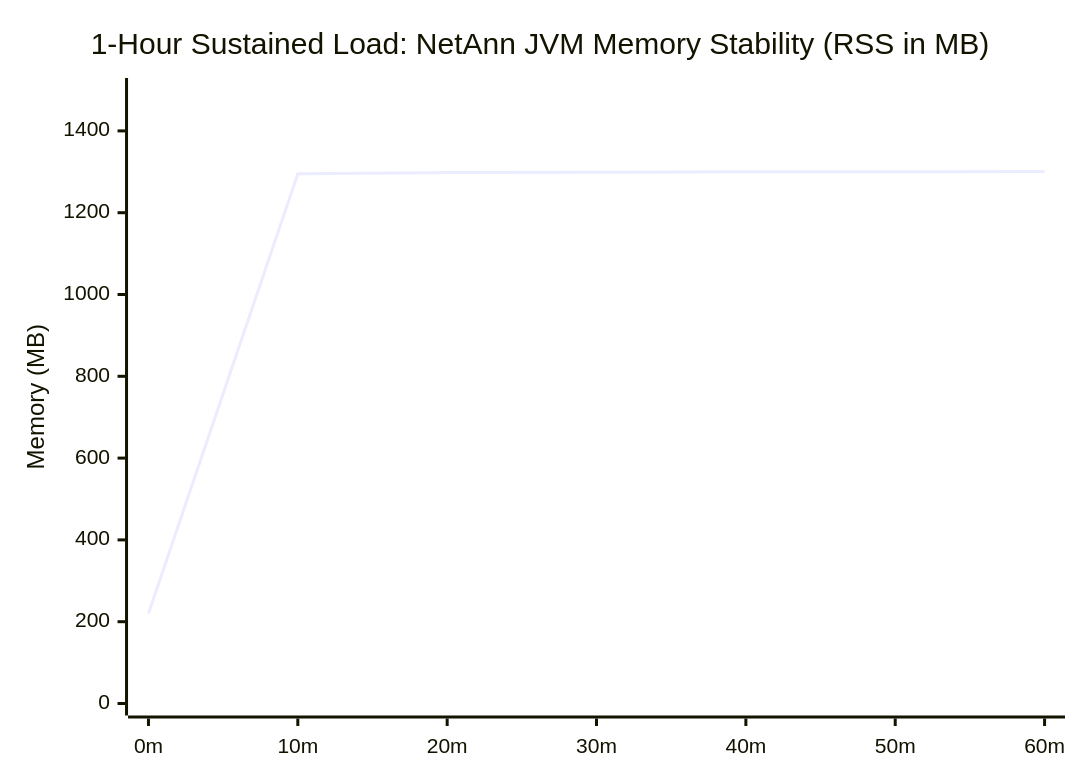
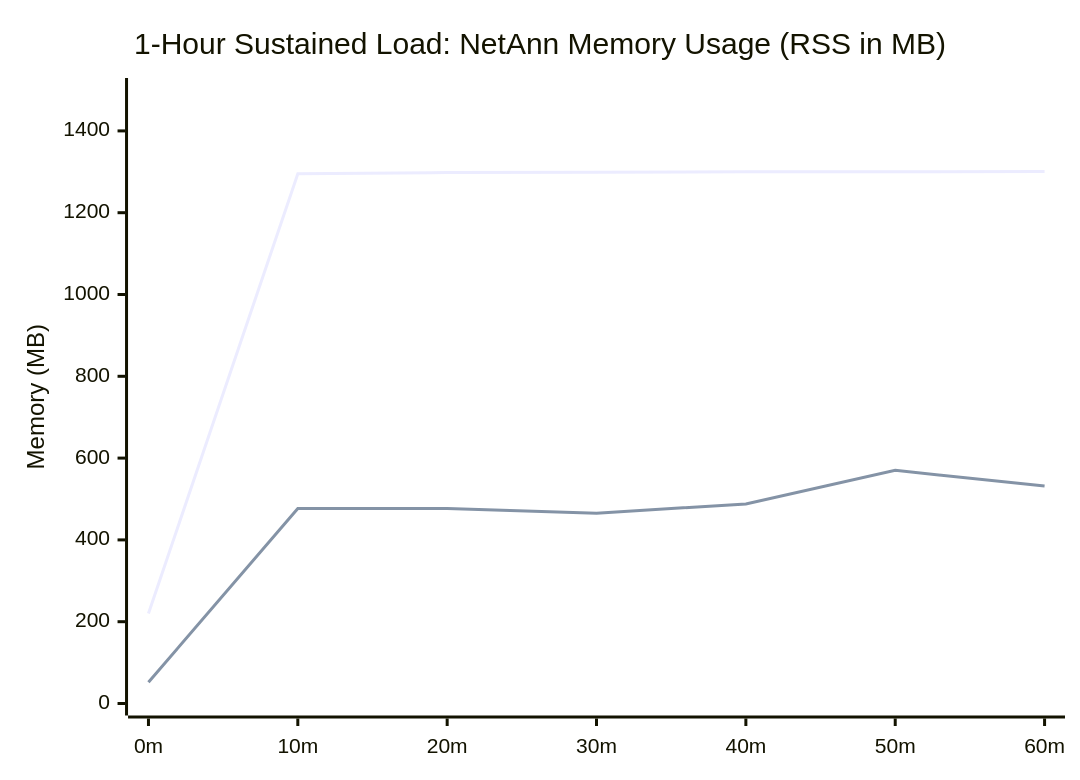
One commit to net-pilgrim/micronaut-sip changed the third of 3 diagrams in doc/PERFORMANCE.md. Above: the diagram before and after it, drawn with Mermaid. The commit also changed other lines of this file and 2 other files, not shown here.

Commit message:
perf: benchmark 1-hour NetAnn load against GraalVM native image and document results

````diff
--- a/doc/PERFORMANCE.md
+++ b/doc/PERFORMANCE.md
@@ -143,7 +149,8 @@
 ```mermaid
 xychart-beta
-    title "1-Hour Sustained Load: NetAnn JVM Memory Stability (RSS in MB)"
+    title "1-Hour Sustained Load: NetAnn Memory Usage (RSS in MB)"
     x-axis ["0m", "10m", "20m", "30m", "40m", "50m", "60m"]
     y-axis "Memory (MB)" 0 --> 1500
-    line "NetAnn JVM RSS (MB)" [220, 1295, 1298, 1299, 1300, 1300, 1301]
+    line "JVM (Zulu JDK 25)" [220, 1295, 1298, 1299, 1300, 1300, 1301]
+    line "GraalVM Native Image" [52, 477, 477, 465, 488, 570, 532]
 ```
````
